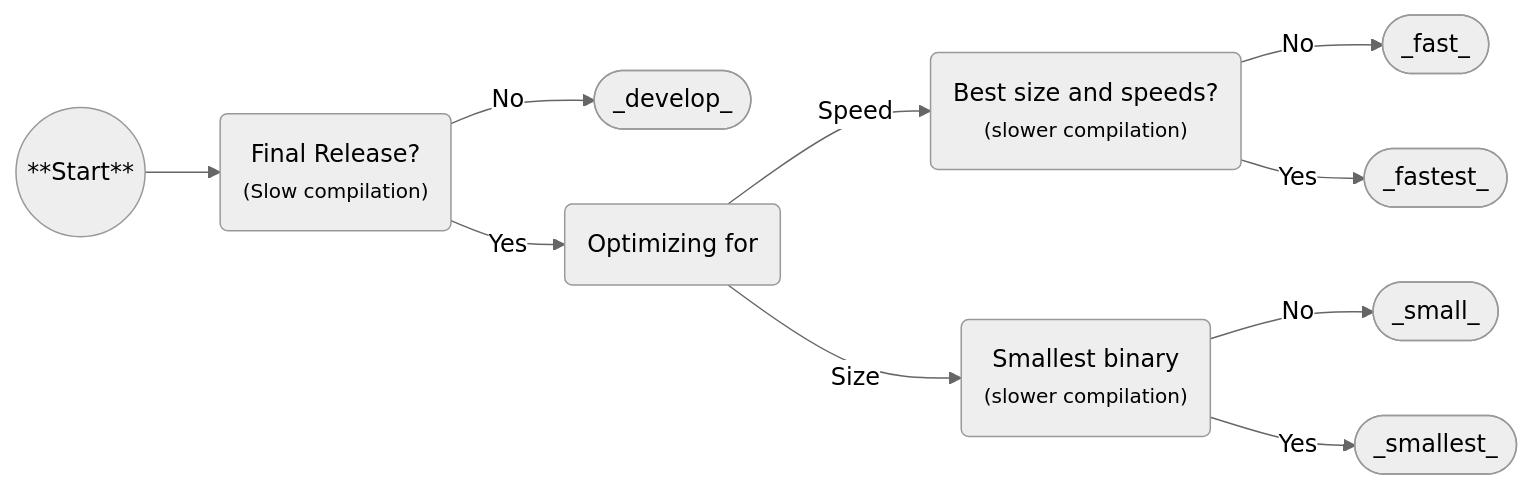
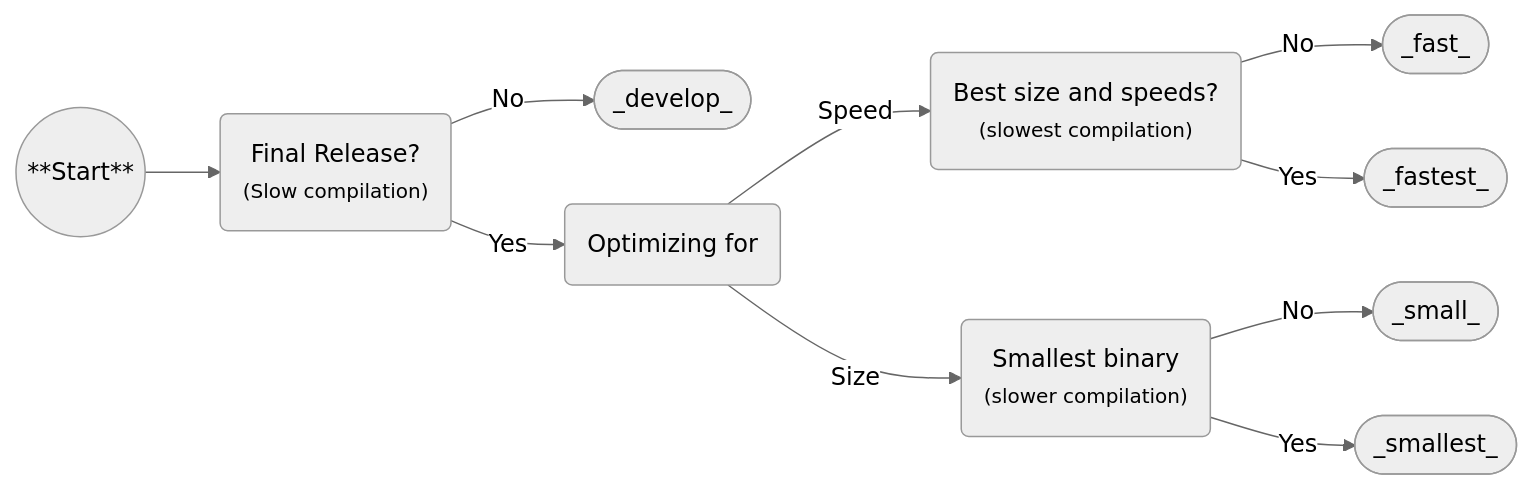
Before and after one commit to BrokenSource/Pyaket: the diagram in website/docs/rust/profiles.md, drawn with Mermaid (neutral theme). The commit also changed 19 other files, not shown here.

````diff
--- a/website/docs/rust/profiles.md
+++ b/website/docs/rust/profiles.md
@@ -11,21 +11,21 @@
 ```mermaid
 graph LR
     Start((**Start**)) --> Release("`
         Final Release?
         <small>(Slow compilation)</small>
     `")
     Release --> |No| UseDevelop([_develop_])
     Release --> |Yes| Flavor(Optimizing for)
     Flavor --> |Speed| Speed("`
         Best size and speeds?
-        <small>(slower compilation)</small>
+        <small>(slowest compilation)</small>
     `")
     Flavor --> |Size| Size("`
         Smallest binary
         <small>(slower compilation)</small>
     `")
     Speed --> |No| UseFast([_fast_])
     Speed --> |Yes| UseFastest([_fastest_])
     Size --> |No| UseSmall([_small_])
     Size --> |Yes| UseSmallest([_smallest_])
 ```
````
